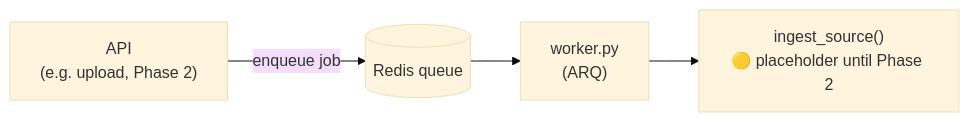
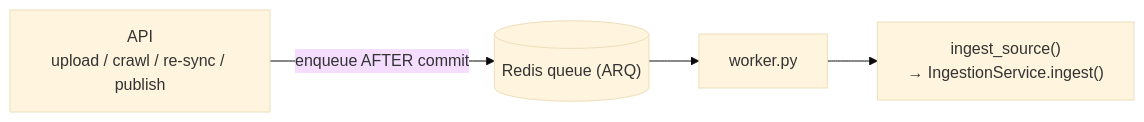
Before and after one commit to md-sahil-analyst22/chatbot-platform: the ninth of 17 diagrams in docs/CODE_GUIDE.md, drawn with Mermaid (base theme). The commit also changed other lines of this file and 94 other files, not shown here.

````diff
--- a/docs/CODE_GUIDE.md
+++ b/docs/CODE_GUIDE.md
@@ -325,6 +325,6 @@
 ```mermaid
 flowchart LR
-    API["API<br/>(e.g. upload, Phase 2)"] -- "enqueue job" --> Q[("Redis queue")]
-    Q --> W["worker.py<br/>(ARQ)"]
-    W --> JOB["ingest_source()<br/>🟡 placeholder until Phase 2"]
+    API["API<br/>upload / crawl / re-sync / publish"] -- "enqueue AFTER commit" --> Q[("Redis queue (ARQ)")]
+    Q --> W["worker.py"]
+    W --> JOB["ingest_source()<br/>→ IngestionService.ingest()"]
 ```
````
